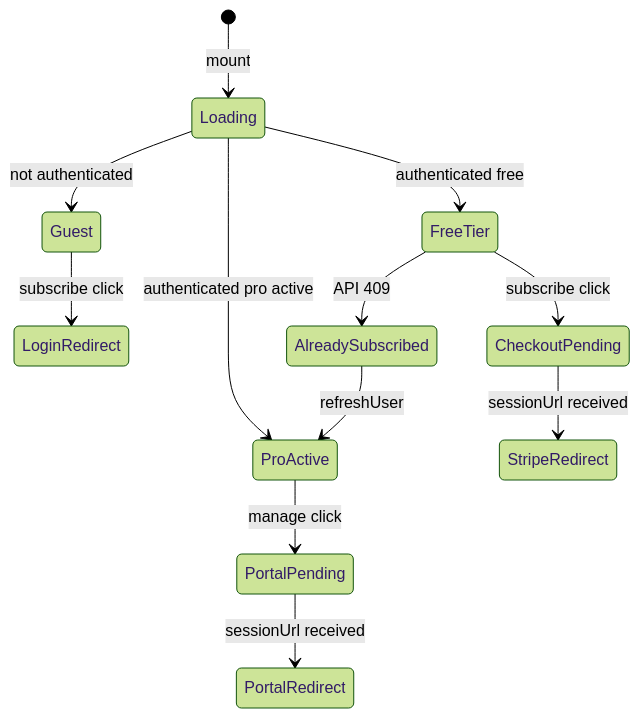
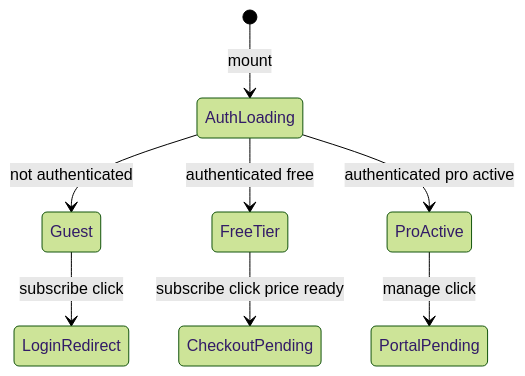
Before and after one commit to npressoworks/quizetika: the third of 3 diagrams in .kiro/specs/quizeum-billing-subscription-ui/design.md, drawn with Mermaid (forest theme). The commit also changed other lines of this file and 18 other files, not shown here.

````diff
--- a/.kiro/specs/quizeum-billing-subscription-ui/design.md
+++ b/.kiro/specs/quizeum-billing-subscription-ui/design.md
@@ -161,14 +190,10 @@
 ```mermaid
 stateDiagram-v2
-    [*] --> Loading: mount
-    Loading --> Guest: not authenticated
-    Loading --> FreeTier: authenticated free
-    Loading --> ProActive: authenticated pro active
+    [*] --> AuthLoading: mount
+    AuthLoading --> Guest: not authenticated
+    AuthLoading --> FreeTier: authenticated free
+    AuthLoading --> ProActive: authenticated pro active
     Guest --> LoginRedirect: subscribe click
-    FreeTier --> CheckoutPending: subscribe click
-    CheckoutPending --> StripeRedirect: sessionUrl received
+    FreeTier --> CheckoutPending: subscribe click price ready
     ProActive --> PortalPending: manage click
-    PortalPending --> PortalRedirect: sessionUrl received
-    FreeTier --> AlreadySubscribed: API 409
-    AlreadySubscribed --> ProActive: refreshUser
 ```
````
